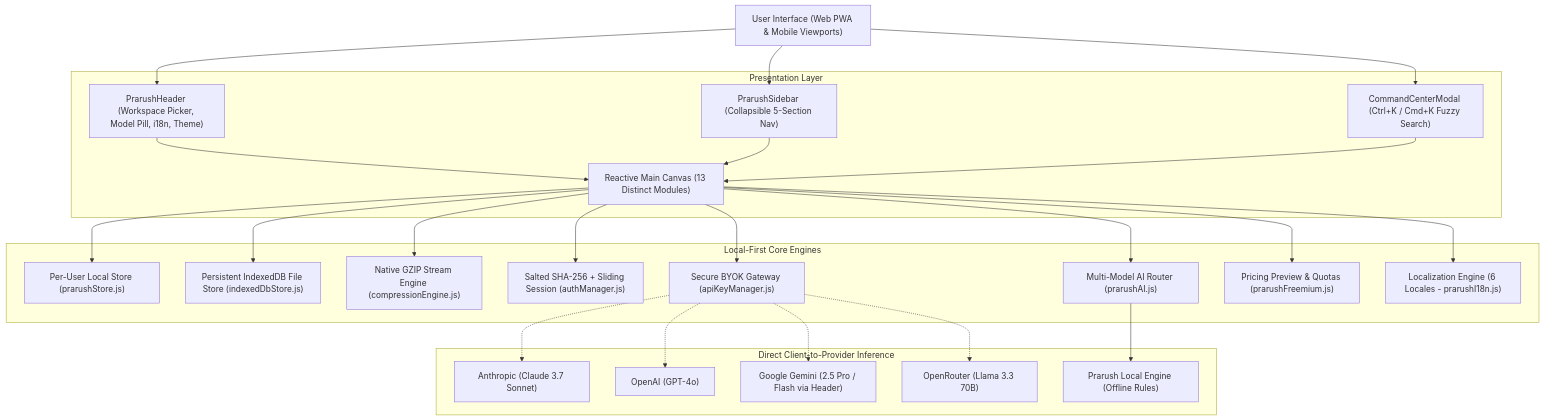
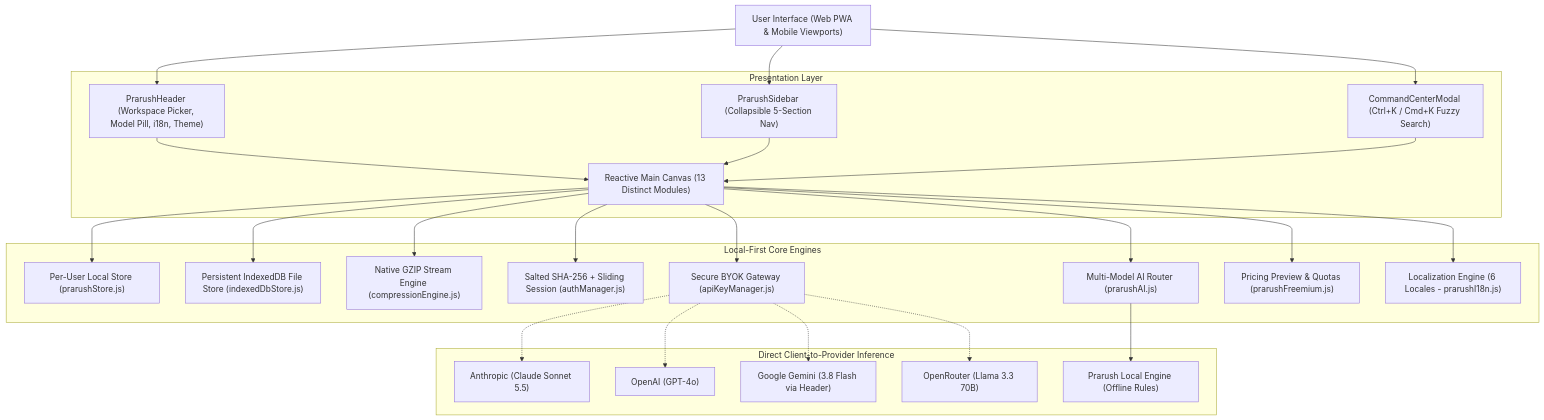
The diagram in README.md (Pratham4908/Prarush), drawn with Mermaid before and after one commit. The commit also changed other lines of this file and 17 other files, not shown here.

Commit message:
fix(audit): update to Claude Sonnet 5.5 & Gemini 3.8 Flash, wipe IndexedDB on reset, prevent fake sample downloads, and add Clean Workspace

````diff
--- a/README.md
+++ b/README.md
@@ -65,52 +65,52 @@
 ```mermaid
 graph TD
     User["User Interface (Web PWA & Mobile Viewports)"]
 
     subgraph Presentation ["Presentation Layer"]
         Header["PrarushHeader (Workspace Picker, Model Pill, i18n, Theme)"]
         Sidebar["PrarushSidebar (Collapsible 5-Section Nav)"]
         CommandPalette["CommandCenterModal (Ctrl+K / Cmd+K Fuzzy Search)"]
         Canvas["Reactive Main Canvas (13 Distinct Modules)"]
     end
 
     subgraph LocalEngines ["Local-First Core Engines"]
         Store["Per-User Local Store (prarushStore.js)"]
         IndexedDBStore["Persistent IndexedDB File Store (indexedDbStore.js)"]
         Compression["Native GZIP Stream Engine (compressionEngine.js)"]
         Auth["Salted SHA-256 + Sliding Session (authManager.js)"]
         BYOK["Secure BYOK Gateway (apiKeyManager.js)"]
         AIHub["Multi-Model AI Router (prarushAI.js)"]
         Freemium["Pricing Preview & Quotas (prarushFreemium.js)"]
         i18n["Localization Engine (6 Locales - prarushI18n.js)"]
     end
 
     subgraph Providers ["Direct Client-to-Provider Inference"]
-        Anthropic["Anthropic (Claude 3.7 Sonnet)"]
+        Anthropic["Anthropic (Claude Sonnet 5.5)"]
         OpenAI["OpenAI (GPT-4o)"]
-        Gemini["Google Gemini (2.5 Pro / Flash via Header)"]
+        Gemini["Google Gemini (3.8 Flash via Header)"]
         OpenRouter["OpenRouter (Llama 3.3 70B)"]
         LocalEngine["Prarush Local Engine (Offline Rules)"]
     end
 
     User --> Header
     User --> Sidebar
     User --> CommandPalette
     Header --> Canvas
     Sidebar --> Canvas
     CommandPalette --> Canvas
 
     Canvas --> Store
     Canvas --> IndexedDBStore
     Canvas --> Compression
     Canvas --> Auth
     Canvas --> BYOK
     Canvas --> AIHub
     Canvas --> Freemium
     Canvas --> i18n
 
     BYOK -.-> Anthropic
     BYOK -.-> OpenAI
     BYOK -.-> Gemini
     BYOK -.-> OpenRouter
     AIHub --> LocalEngine
 ```
````
